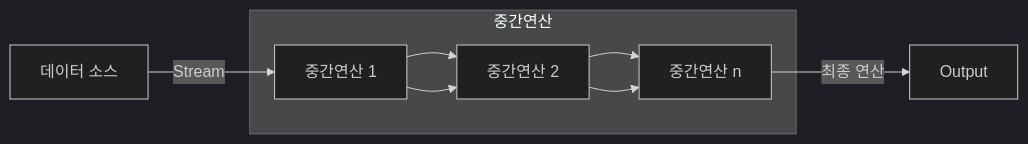
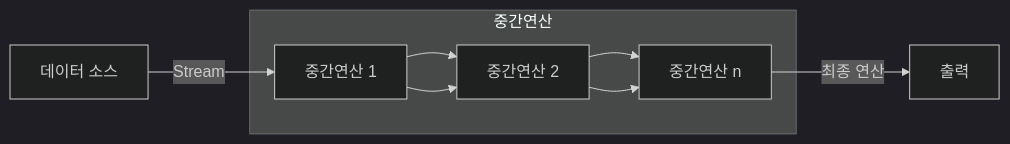
One commit to eungsu/lecture-notes changed the diagram in java/stream/Stream.md. Above: the diagram before and after it, drawn with Mermaid (dark theme).

Commit message:
스트림API

````diff
--- a/java/stream/Stream.md
+++ b/java/stream/Stream.md
@@ -61,11 +61,11 @@
 ```mermaid
 graph LR
     A[데이터 소스] -->|Stream| B[중간연산 1]
     B --> C[중간연산 2]
     C --> D[중간연산 n]
-    D -->|최종 연산| E[Output]
+    D -->|최종 연산| E[출력]
     subgraph "중간연산"
         B --> C
         C --> D
     end
 ```
````
